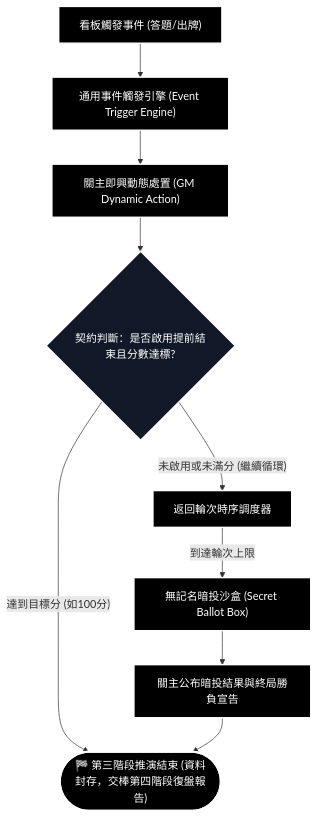
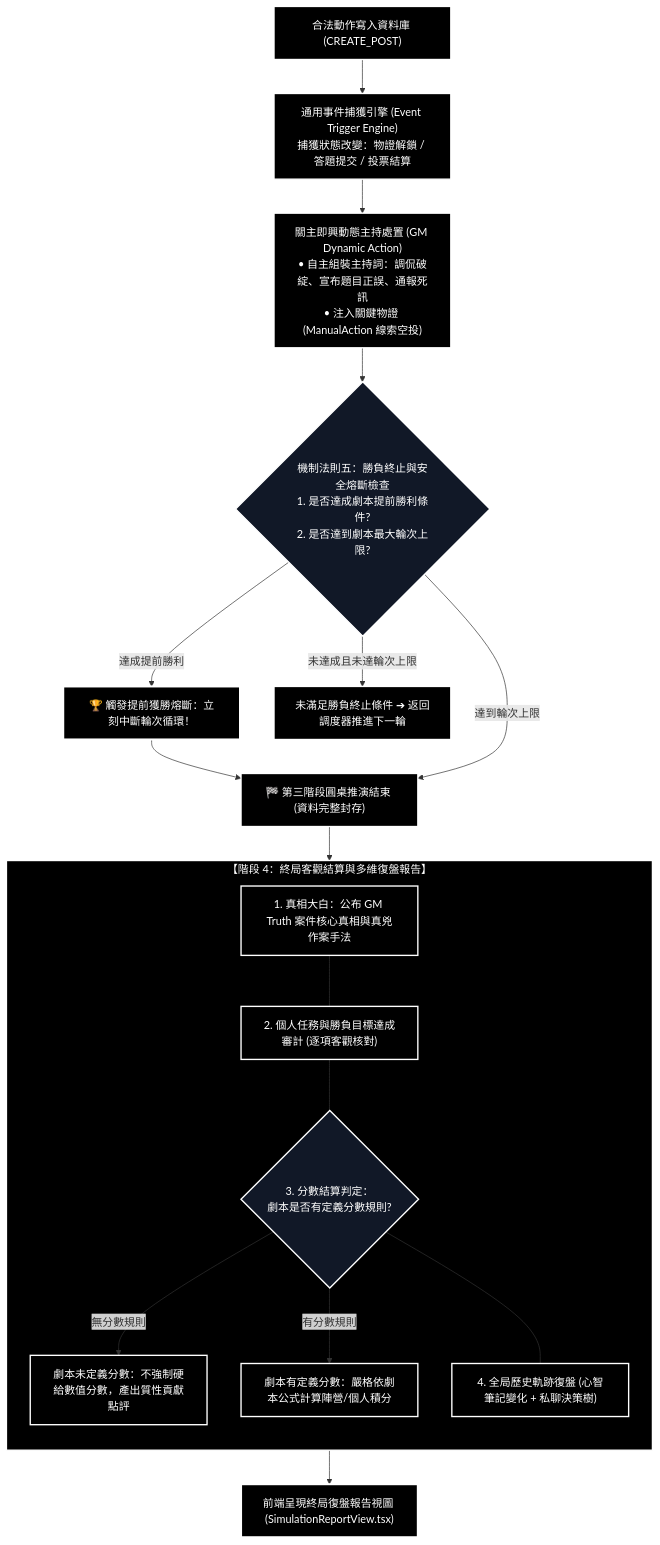
The eighth of 8 diagrams in docs/WORKFLOW_FLOWCHART.md (yin1120/MiroFish-1), drawn with Mermaid before and after one commit. The commit also changed other lines of this file and 4 other files, not shown here.

Commit message:
流程圖更新

````diff
--- a/docs/WORKFLOW_FLOWCHART.md
+++ b/docs/WORKFLOW_FLOWCHART.md
@@ -384,39 +532,65 @@
 ```mermaid
 %%{init: {
   'theme': 'base',
   'themeVariables': {
     'background': '#000000',
     'primaryColor': '#000000',
     'primaryTextColor': '#ffffff',
     'primaryBorderColor': '#ffffff',
     'lineColor': '#ffffff',
-    'fontSize': '20px',
+    'fontSize': '18px',
     'fontFamily': '"Fira Code", consolas, "Microsoft JhengHei", "Noto Sans TC", sans-serif'
   }
 }}%%
 flowchart TD
-    Action_Event["看板觸發事件 (答題/出牌)"]
-    Event_Engine["通用事件觸發引擎 (Event Trigger Engine)"]
-    GM_Dynamic["關主即興動態處置 (GM Dynamic Action)"]
-    Early_Check{"契約判斷：是否啟用提前結束且分數達標?"}
-    Secret_Ballot["無記名暗投沙盒 (Secret Ballot Box)"]
-    GM_Settlement["關主公布暗投結果與終局勝負宣告"]
-    Stage3_End(["🏁 第三階段推演結束 (資料封存，交棒第四階段復盤報告)"])
+    Action_Committed["合法動作寫入資料庫 (CREATE_POST)"]
+    Event_Interceptor["通用事件捕獲引擎 (Event Trigger Engine)<br/>捕獲狀態改變：物證解鎖 / 答題提交 / 投票結算"]
 
-    Action_Event --> Event_Engine
-    Event_Engine --> GM_Dynamic
-    GM_Dynamic --> Early_Check
-    Early_Check --"達到目標分 (如100分)"--> Stage3_End
-    Early_Check --"未啟用或未滿分 (繼續循環)"--> Next_Round["返回輪次時序調度器"]
-    Next_Round -->|"到達輪次上限"| Secret_Ballot
-    Secret_Ballot --> GM_Settlement --> Stage3_End
+    GM_Dynamic_Action["關主即興動態主持處置 (GM Dynamic Action)<br/>• 自主組裝主持詞：調侃破綻、宣布題目正誤、通報死訊<br/>• 注入關鍵物證 (ManualAction 線索空投)"]
 
-    style Action_Event fill:#000000,stroke:#ffffff,stroke-width:2px,color:#ffffff
-    style Event_Engine fill:#000000,stroke:#ffffff,stroke-width:2px,color:#ffffff
-    style GM_Dynamic fill:#000000,stroke:#ffffff,stroke-width:2px,color:#ffffff
-    style Early_Check fill:#111827,stroke:#ffffff,stroke-width:2px,color:#ffffff
-    style Secret_Ballot fill:#000000,stroke:#ffffff,stroke-width:2px,color:#ffffff
-    style GM_Settlement fill:#000000,stroke:#ffffff,stroke-width:2px,color:#ffffff
-    style Next_Round fill:#000000,stroke:#ffffff,stroke-width:2px,color:#ffffff
-    style Stage3_End fill:#000000,stroke:#ffffff,stroke-width:3px,color:#ffffff
+    Check_Victory_Inv5{"機制法則五：勝負終止與安全熔斷檢查<br/>1. 是否達成劇本提前勝利條件?<br/>2. 是否達到劇本最大輪次上限?"}
+
+    Early_Win_Halt["🏆 觸發提前獲勝熔斷：立刻中斷輪次循環！"]
+    Continue_Loop["未滿足勝負終止條件 ➔ 返回調度器推進下一輪"]
+
+    Stage3_End["🏁 第三階段圓桌推演結束 (資料完整封存)"]
+
+    subgraph Stage4_Report_Gen["【階段 4：終局客觀結算與多維復盤報告】"]
+        direction TB
+        Truth_Reveal["1. 真相大白：公布 GM Truth 案件核心真相與真兇作案手法"]
+        Goal_Audit["2. 個人任務與勝負目標達成審計 (逐項客觀核對)"]
+        Score_Rule{"3. 分數結算判定：<br/>劇本是否有定義分數規則?"}
+        No_Score["劇本未定義分數：不強制硬給數值分數，產出質性貢獻點評"]
+        Calc_Score["劇本有定義分數：嚴格依劇本公式計算陣營/個人積分"]
+        Timeline_Review["4. 全局歷史軌跡復盤 (心智筆記變化 + 私聊決策樹)"]
+
+        Score_Rule --"無分數規則"--> No_Score
+        Score_Rule --"有分數規則"--> Calc_Score
+        Truth_Reveal --- Goal_Audit --- Score_Rule --- Timeline_Review
+    end
+
+    Final_Report_View["前端呈現終局復盤報告視圖 (SimulationReportView.tsx)"]
+
+    Action_Committed --> Event_Interceptor --> GM_Dynamic_Action --> Check_Victory_Inv5
+    Check_Victory_Inv5 --"達成提前勝利"--> Early_Win_Halt --> Stage3_End
+    Check_Victory_Inv5 --"未達成且未達輪次上限"--> Continue_Loop
+    Check_Victory_Inv5 --"達到輪次上限"--> Stage3_End
+
+    Stage3_End --> Stage4_Report_Gen --> Final_Report_View
+
+    style Action_Committed fill:#000000,stroke:#ffffff,stroke-width:2px,color:#ffffff
+    style Event_Interceptor fill:#000000,stroke:#ffffff,stroke-width:2px,color:#ffffff
+    style GM_Dynamic_Action fill:#000000,stroke:#ffffff,stroke-width:2px,color:#ffffff
+    style Check_Victory_Inv5 fill:#111827,stroke:#ffffff,stroke-width:2px,color:#ffffff
+    style Early_Win_Halt fill:#000000,stroke:#ffffff,stroke-width:3px,color:#ffffff
+    style Continue_Loop fill:#000000,stroke:#ffffff,stroke-width:2px,color:#ffffff
+    style Stage3_End fill:#000000,stroke:#ffffff,stroke-width:2px,color:#ffffff
+    style Stage4_Report_Gen fill:#000000,stroke:#ffffff,stroke-width:2px,color:#ffffff
+    style Truth_Reveal fill:#000000,stroke:#ffffff,stroke-width:2px,color:#ffffff
+    style Goal_Audit fill:#000000,stroke:#ffffff,stroke-width:2px,color:#ffffff
+    style Score_Rule fill:#111827,stroke:#ffffff,stroke-width:2px,color:#ffffff
+    style No_Score fill:#000000,stroke:#ffffff,stroke-width:2px,color:#ffffff
+    style Calc_Score fill:#000000,stroke:#ffffff,stroke-width:2px,color:#ffffff
+    style Timeline_Review fill:#000000,stroke:#ffffff,stroke-width:2px,color:#ffffff
+    style Final_Report_View fill:#000000,stroke:#ffffff,stroke-width:3px,color:#ffffff
 ```
````
